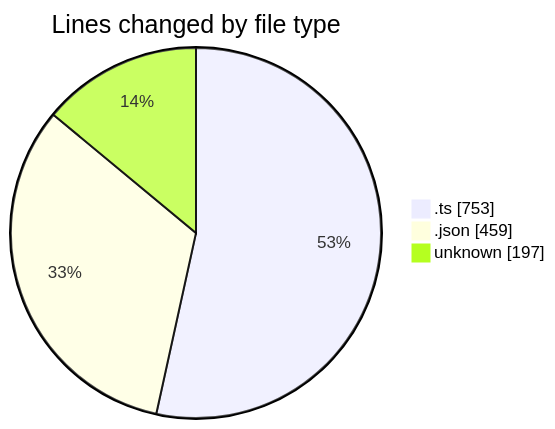
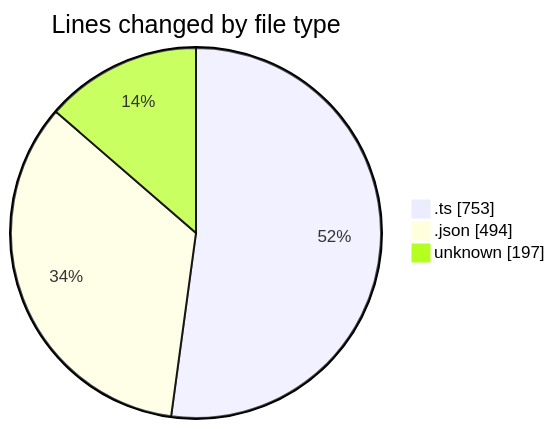
One commit to EIIisD/code-tracking changed the first of 2 diagrams in 2025-08-24/chatgpt-extension/README.md. Above: the diagram before and after it, drawn with Mermaid. The commit also changed other lines of this file and 1 other file, not shown here.

````diff
--- a/2025-08-24/chatgpt-extension/README.md
+++ b/2025-08-24/chatgpt-extension/README.md
@@ -24,7 +24,7 @@
 ```mermaid
 pie showData
 title Lines changed by file type
 ".ts" : 753
-".json" : 459
+".json" : 494
 "unknown" : 197
 ```
````
